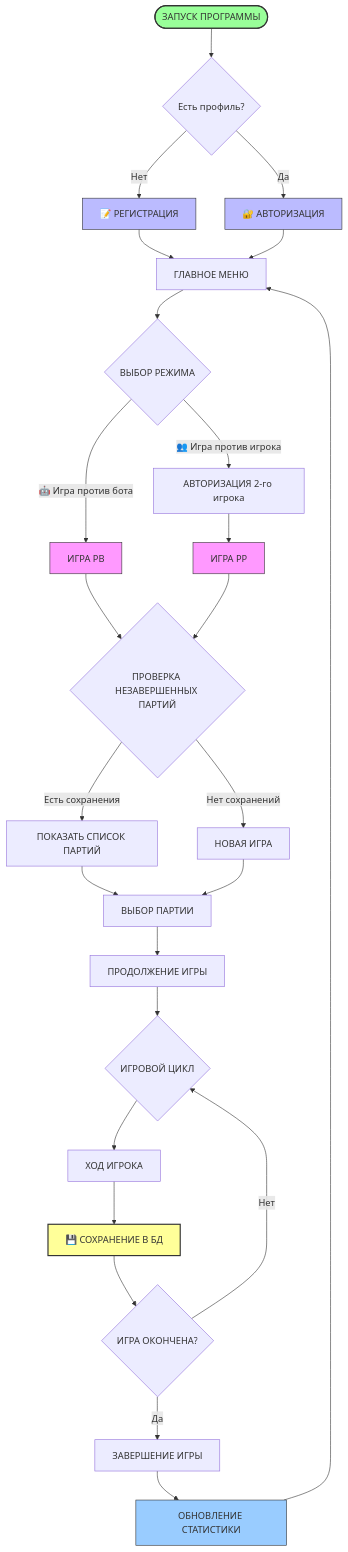
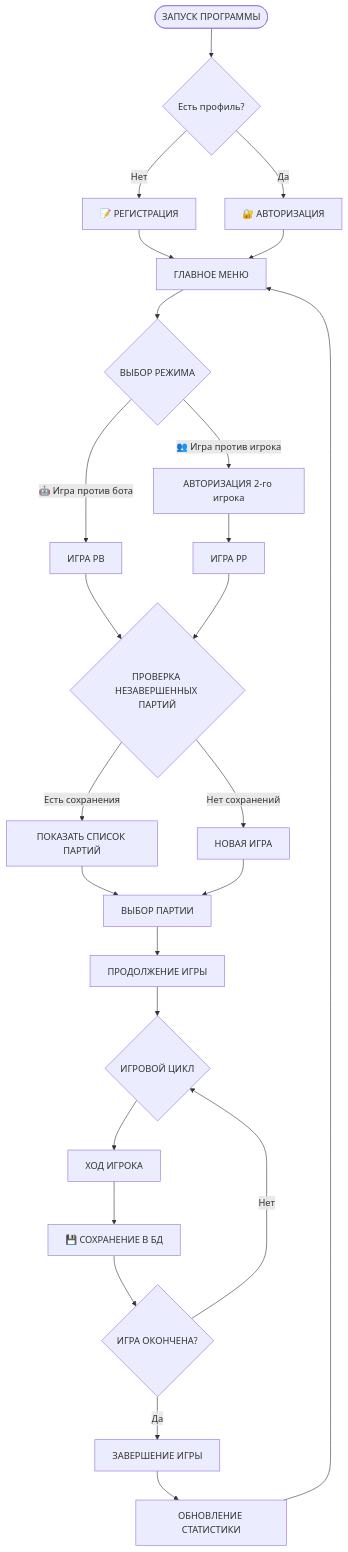
Before and after one commit to RinAfe/BattleShip: the fourth of 4 diagrams in doc/AddSQL.md, drawn with Mermaid.

````diff
--- a/doc/AddSQL.md
+++ b/doc/AddSQL.md
@@ -840,48 +840,41 @@
 ```mermaid
 graph TD
     Start([ЗАПУСК ПРОГРАММЫ]) --> AuthChoice{Есть профиль?}
     
     AuthChoice -->|Нет| Register[📝 РЕГИСТРАЦИЯ]
     AuthChoice -->|Да| Login[🔐 АВТОРИЗАЦИЯ]
     
     Register --> MainMenu[ГЛАВНОЕ МЕНЮ]
     Login --> MainMenu
     
     MainMenu --> ModeChoice{ВЫБОР РЕЖИМА}
     
     ModeChoice -->|🤖 Игра против бота| BotGame[ИГРА PB]
     ModeChoice -->|👥 Игра против игрока| Player2Auth[АВТОРИЗАЦИЯ 2-го игрока]
     
     Player2Auth --> PvPGame[ИГРА PP]
     
     BotGame --> CheckSaved{ПРОВЕРКА НЕЗАВЕРШЕННЫХ ПАРТИЙ}
     PvPGame --> CheckSaved
     
     CheckSaved -->|Есть сохранения| ShowList[ПОКАЗАТЬ СПИСОК ПАРТИЙ]
     CheckSaved -->|Нет сохранений| NewGame[НОВАЯ ИГРА]
     
     ShowList --> ChooseGame[ВЫБОР ПАРТИИ]
     NewGame --> ChooseGame
     
     ChooseGame --> ContinueGame[ПРОДОЛЖЕНИЕ ИГРЫ]
     
     ContinueGame --> GameLoop{ИГРОВОЙ ЦИКЛ}
     
     GameLoop --> MakeMove[ХОД ИГРОКА]
     MakeMove --> SaveGame[💾 СОХРАНЕНИЕ В БД]
     SaveGame --> CheckWin{ИГРА ОКОНЧЕНА?}
     
     CheckWin -->|Нет| GameLoop
     CheckWin -->|Да| GameOver[ЗАВЕРШЕНИЕ ИГРЫ]
     
     GameOver --> UpdateStats[ОБНОВЛЕНИЕ СТАТИСТИКИ]
     UpdateStats --> MainMenu
     
-    style Start fill:#9f9,stroke:#333,stroke-width:2px
-    style Register fill:#bbf,stroke:#333
-    style Login fill:#bbf,stroke:#333
-    style BotGame fill:#f9f,stroke:#333
-    style PvPGame fill:#f9f,stroke:#333
-    style SaveGame fill:#ff9,stroke:#333,stroke-width:2px
-    style UpdateStats fill:#9cf,stroke:#333
 ```
````
